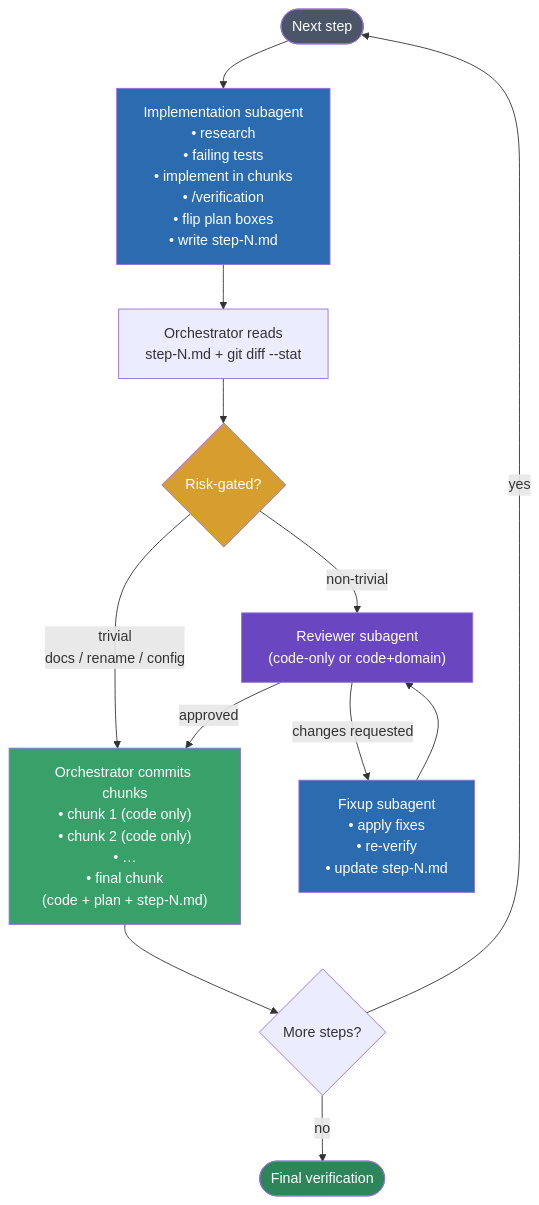
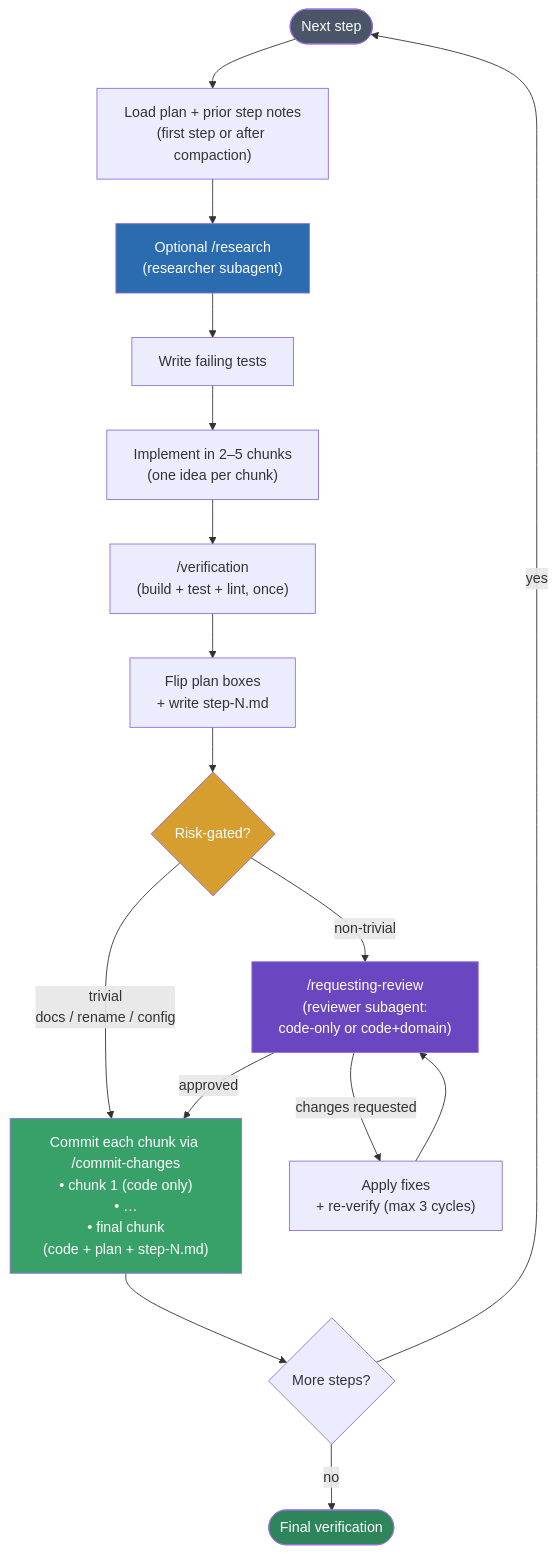
The second of 2 diagrams in README.md (POPFD/claude-sweatshop), drawn with Mermaid before and after one commit. The commit also changed other lines of this file, not shown here.

````diff
--- a/README.md
+++ b/README.md
@@ -106,22 +109,25 @@
 ```mermaid
 flowchart TD
-    Start(["Next step"]) --> Impl["Implementation subagent<br/>• research<br/>• failing tests<br/>• implement in chunks<br/>• /verification<br/>• flip plan boxes<br/>• write step-N.md"]
-    Impl --> Read["Orchestrator reads<br/>step-N.md + git diff --stat"]
-    Read --> Risk{"Risk-gated?"}
+    Start(["Next step"]) --> Ctx["Load plan + prior step notes<br/>(first step or after compaction)"]
+    Ctx --> Res["Optional /research<br/>(researcher subagent)"]
+    Res --> Tests["Write failing tests"]
+    Tests --> Impl["Implement in 2–5 chunks<br/>(one idea per chunk)"]
+    Impl --> Verify["/verification<br/>(build + test + lint, once)"]
+    Verify --> Notes["Flip plan boxes<br/>+ write step-N.md"]
+    Notes --> Risk{"Risk-gated?"}
     Risk -->|trivial<br/>docs / rename / config| Commit
-    Risk -->|non-trivial| Review["Reviewer subagent<br/>(code-only or code+domain)"]
-    Review -->|approved| Commit["Orchestrator commits chunks<br/>• chunk 1 (code only)<br/>• chunk 2 (code only)<br/>• …<br/>• final chunk<br/>(code + plan + step-N.md)"]
-    Review -->|changes requested| Fix["Fixup subagent<br/>• apply fixes<br/>• re-verify<br/>• update step-N.md"]
+    Risk -->|non-trivial| Review["/requesting-review<br/>(reviewer subagent:<br/>code-only or code+domain)"]
+    Review -->|approved| Commit["Commit each chunk via /commit-changes<br/>• chunk 1 (code only)<br/>• …<br/>• final chunk<br/>(code + plan + step-N.md)"]
+    Review -->|changes requested| Fix["Apply fixes<br/>+ re-verify (max 3 cycles)"]
     Fix --> Review
     Commit --> Next{"More steps?"}
     Next -->|yes| Start
     Next -->|no| Done(["Final verification"])
 
     style Start fill:#4a5568,color:#fff
-    style Impl fill:#2b6cb0,color:#fff
+    style Res fill:#2b6cb0,color:#fff
     style Review fill:#6b46c1,color:#fff
-    style Fix fill:#2b6cb0,color:#fff
     style Risk fill:#d69e2e,color:#fff
     style Commit fill:#38a169,color:#fff
     style Done fill:#2f855a,color:#fff
 ```
````
